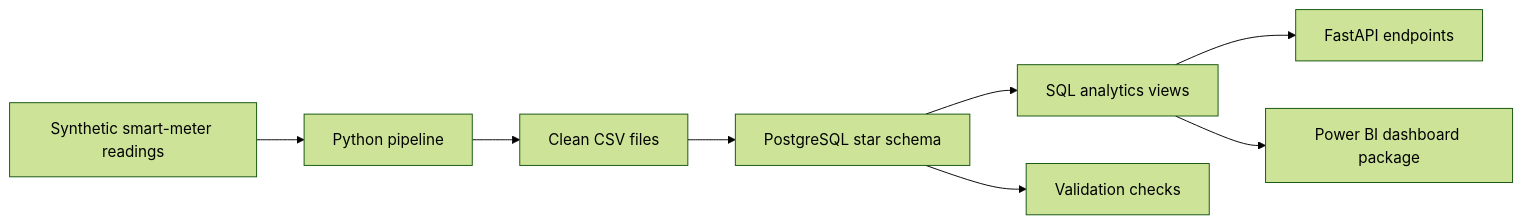
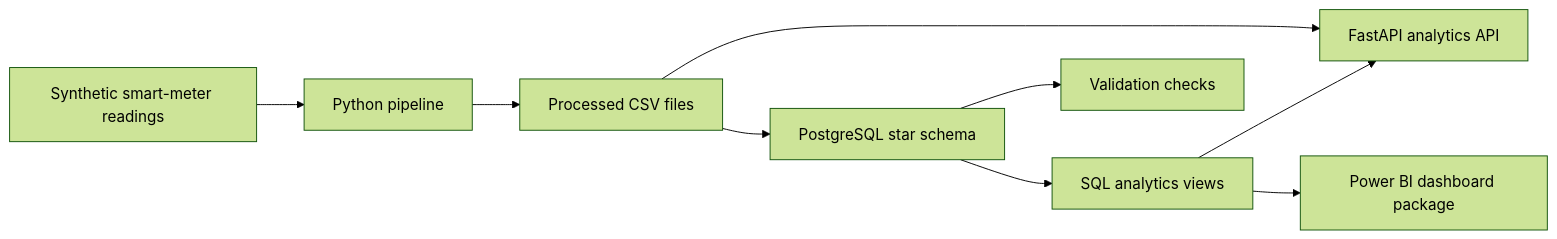
Before and after one commit to arsenieBlb/Smart-Meter-Analytics: the diagram in README.md, drawn with Mermaid (forest theme). The commit also changed other lines of this file, not shown here.

````diff
--- a/README.md
+++ b/README.md
@@ -49,10 +38,11 @@
 ```mermaid
 flowchart LR
     A["Synthetic smart-meter readings"] --> B["Python pipeline"]
-    B --> C["Clean CSV files"]
+    B --> C["Processed CSV files"]
     C --> D["PostgreSQL star schema"]
     D --> E["SQL analytics views"]
     D --> F["Validation checks"]
-    E --> G["FastAPI endpoints"]
+    E --> G["FastAPI analytics API"]
     E --> H["Power BI dashboard package"]
+    C --> G
 ```
````
